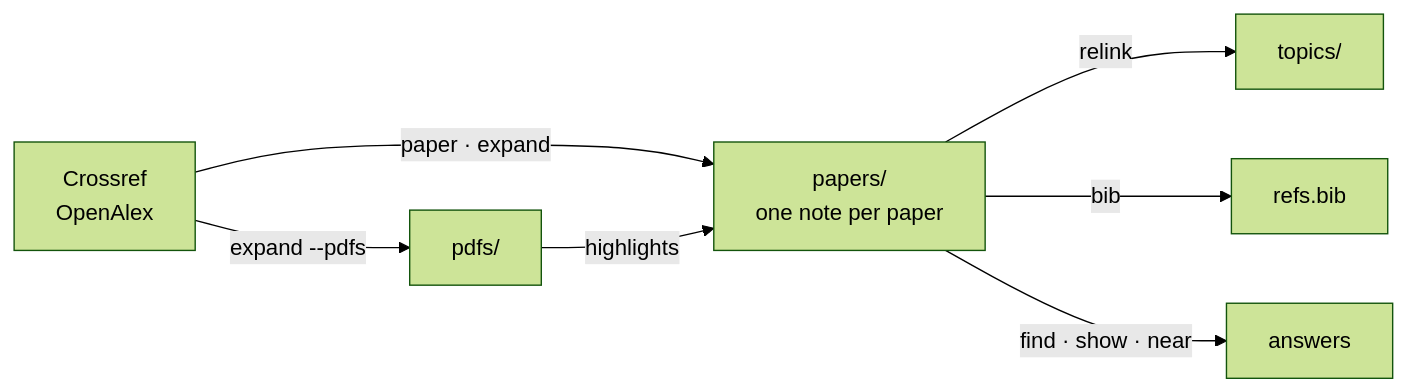
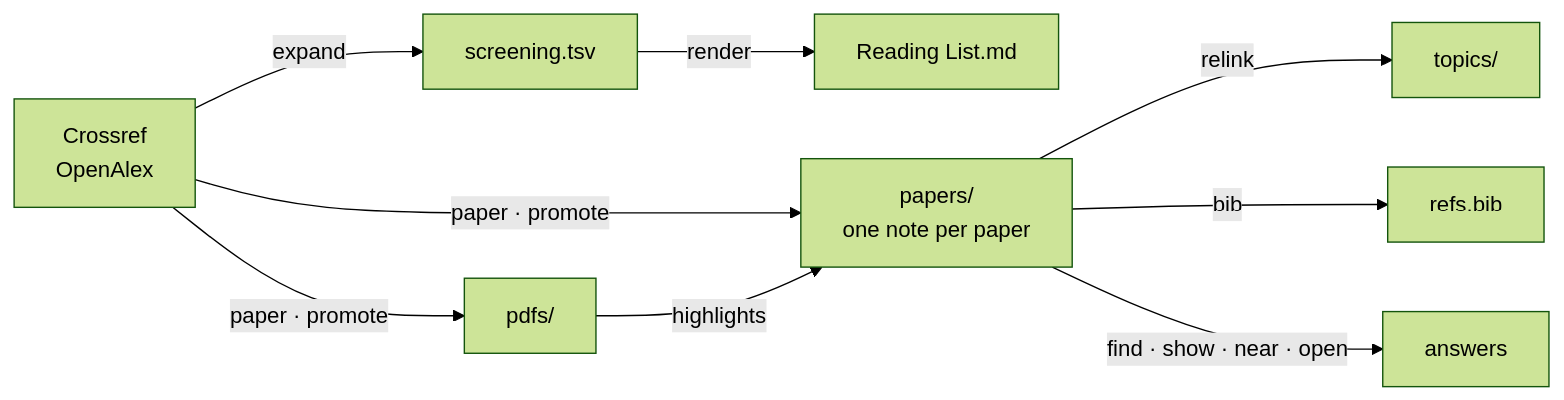
The diagram in README.md (namitdeb739/research-assistant), drawn with Mermaid (forest theme) before and after one commit. The commit also changed other lines of this file and 16 other files, not shown here.

````diff
--- a/README.md
+++ b/README.md
@@ -6,15 +6,19 @@
 ```mermaid
 flowchart LR
     IDX["Crossref<br/>OpenAlex"]
+    LEDGER["screening.tsv"]
+    LIST["Reading List.md"]
     NOTES["papers/<br/>one note per paper"]
     PDFS["pdfs/"]
     TOPICS["topics/"]
     BIB["refs.bib"]
 
-    IDX -- "paper · expand" --> NOTES
-    IDX -- "expand --pdfs" --> PDFS
+    IDX -- "expand" --> LEDGER
+    LEDGER -- "render" --> LIST
+    IDX -- "paper · promote" --> NOTES
+    IDX -- "paper · promote" --> PDFS
     PDFS -- "highlights" --> NOTES
     NOTES -- "relink" --> TOPICS
     NOTES -- "bib" --> BIB
-    NOTES -- "find · show · near" --> ANS["answers"]
+    NOTES -- "find · show · near · open" --> ANS["answers"]
 ```
````
